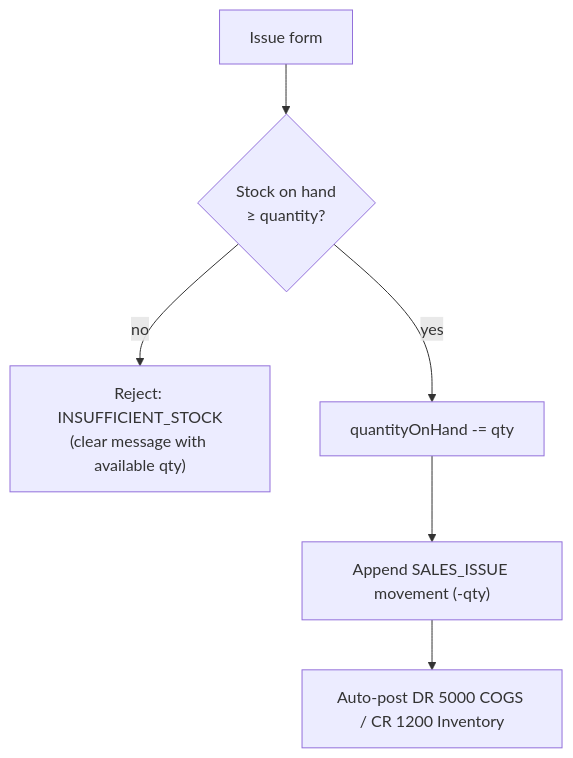
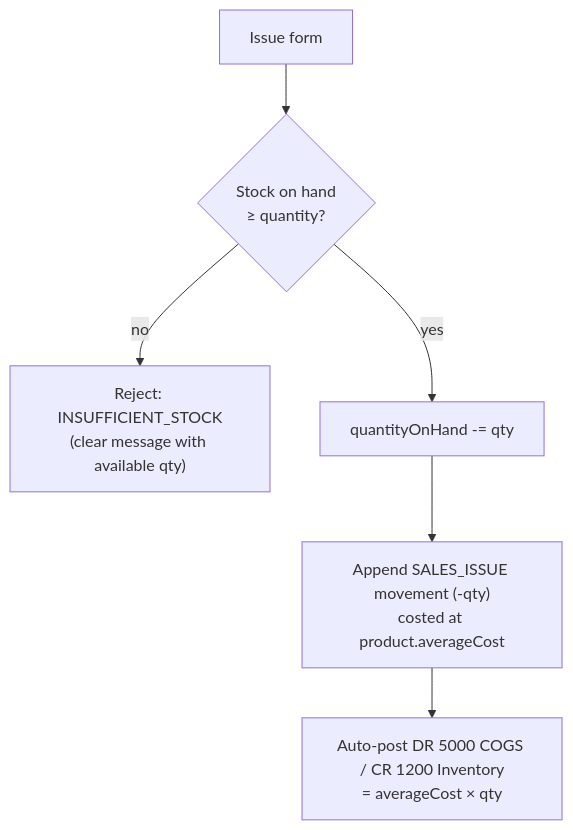
Before and after one commit to ahmed-226/ERP-Suite: the eighth of 11 diagrams in docs/WORKFLOWS.md, drawn with Mermaid. The commit also changed other lines of this file and 23 other files, not shown here.

Commit message:
feat(inventory): value stock at weighted average and cost issues server-side

````diff
--- a/docs/WORKFLOWS.md
+++ b/docs/WORKFLOWS.md
@@ -135,8 +136,8 @@
 ```mermaid
 flowchart TD
     A["Issue form"] --> B{"Stock on hand<br/>≥ quantity?"}
     B -- "no" --> C["Reject: INSUFFICIENT_STOCK<br/>(clear message with available qty)"]
     B -- "yes" --> D["quantityOnHand -= qty"]
-    D --> E["Append SALES_ISSUE movement (-qty)"]
-    E --> F["Auto-post DR 5000 COGS / CR 1200 Inventory"]
+    D --> E["Append SALES_ISSUE movement (-qty)<br/>costed at product.averageCost"]
+    E --> F["Auto-post DR 5000 COGS / CR 1200 Inventory<br/>= averageCost × qty"]
 ```
````
